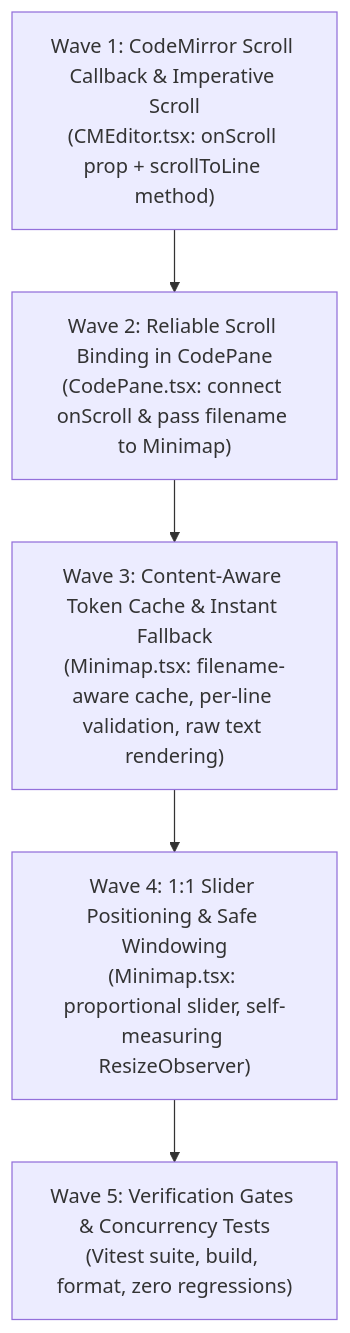
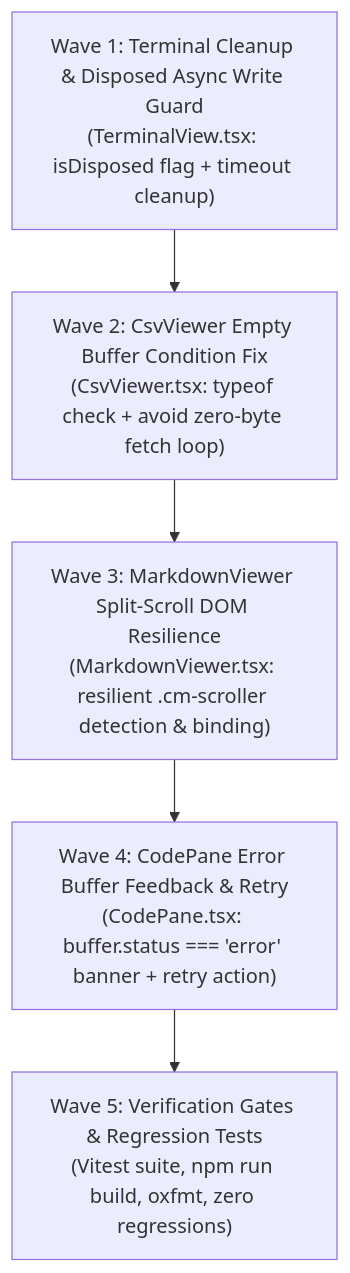
Before and after one commit to aditlab-code/AegisCode: the diagram in task/0-Table-Phase.md, drawn with Mermaid. The commit also changed other lines of this file and 12 other files, not shown here.

First line of the commit message:
feat(editor): optimize minimap with canvas real text and remediate residual edge cases

````diff
--- a/task/0-Table-Phase.md
+++ b/task/0-Table-Phase.md
@@ -12,7 +12,7 @@
 ```mermaid
 flowchart TD
-    W1["Wave 1: CodeMirror Scroll Callback & Imperative Scroll<br/>(CMEditor.tsx: onScroll prop + scrollToLine method)"] --> W2["Wave 2: Reliable Scroll Binding in CodePane<br/>(CodePane.tsx: connect onScroll & pass filename to Minimap)"]
-    W2 --> W3["Wave 3: Content-Aware Token Cache & Instant Fallback<br/>(Minimap.tsx: filename-aware cache, per-line validation, raw text rendering)"]
-    W3 --> W4["Wave 4: 1:1 Slider Positioning & Safe Windowing<br/>(Minimap.tsx: proportional slider, self-measuring ResizeObserver)"]
-    W4 --> W5["Wave 5: Verification Gates & Concurrency Tests<br/>(Vitest suite, build, format, zero regressions)"]
+    W1["Wave 1: Terminal Cleanup & Disposed Async Write Guard<br/>(TerminalView.tsx: isDisposed flag + timeout cleanup)"] --> W2["Wave 2: CsvViewer Empty Buffer Condition Fix<br/>(CsvViewer.tsx: typeof check + avoid zero-byte fetch loop)"]
+    W2 --> W3["Wave 3: MarkdownViewer Split-Scroll DOM Resilience<br/>(MarkdownViewer.tsx: resilient .cm-scroller detection & binding)"]
+    W3 --> W4["Wave 4: CodePane Error Buffer Feedback & Retry<br/>(CodePane.tsx: buffer.status === 'error' banner + retry action)"]
+    W4 --> W5["Wave 5: Verification Gates & Regression Tests<br/>(Vitest suite, npm run build, oxfmt, zero regressions)"]
 ```
````
